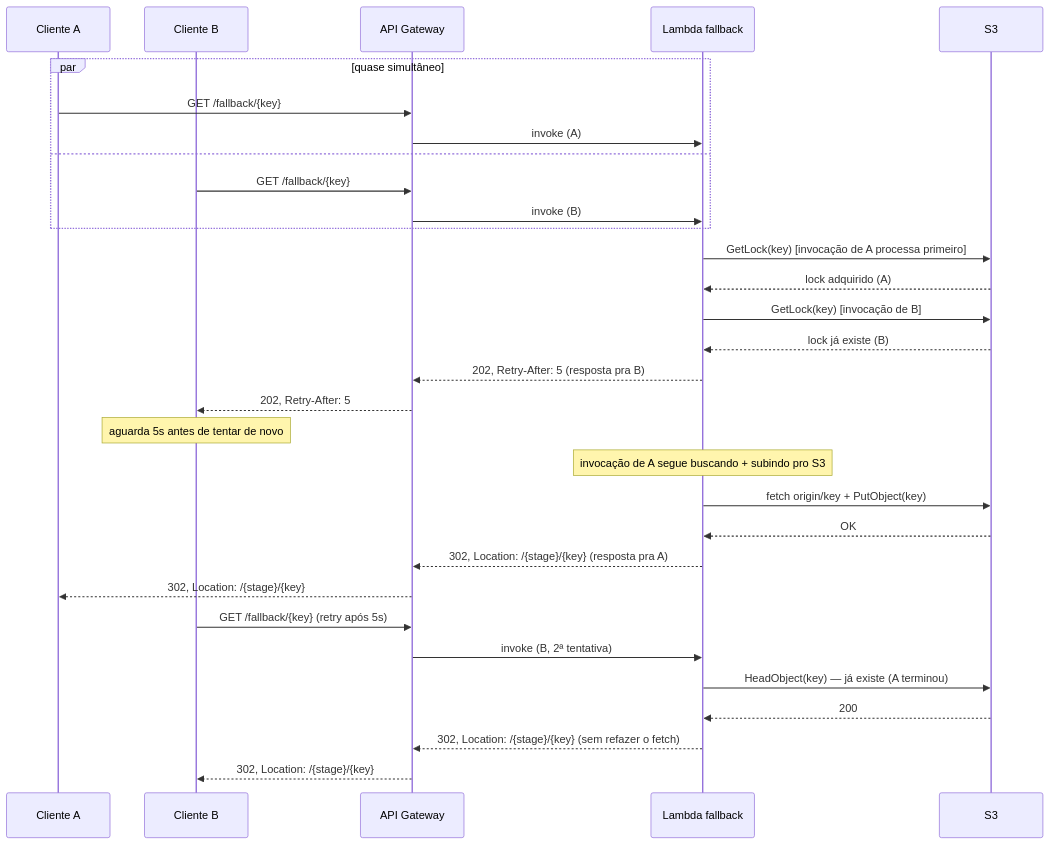
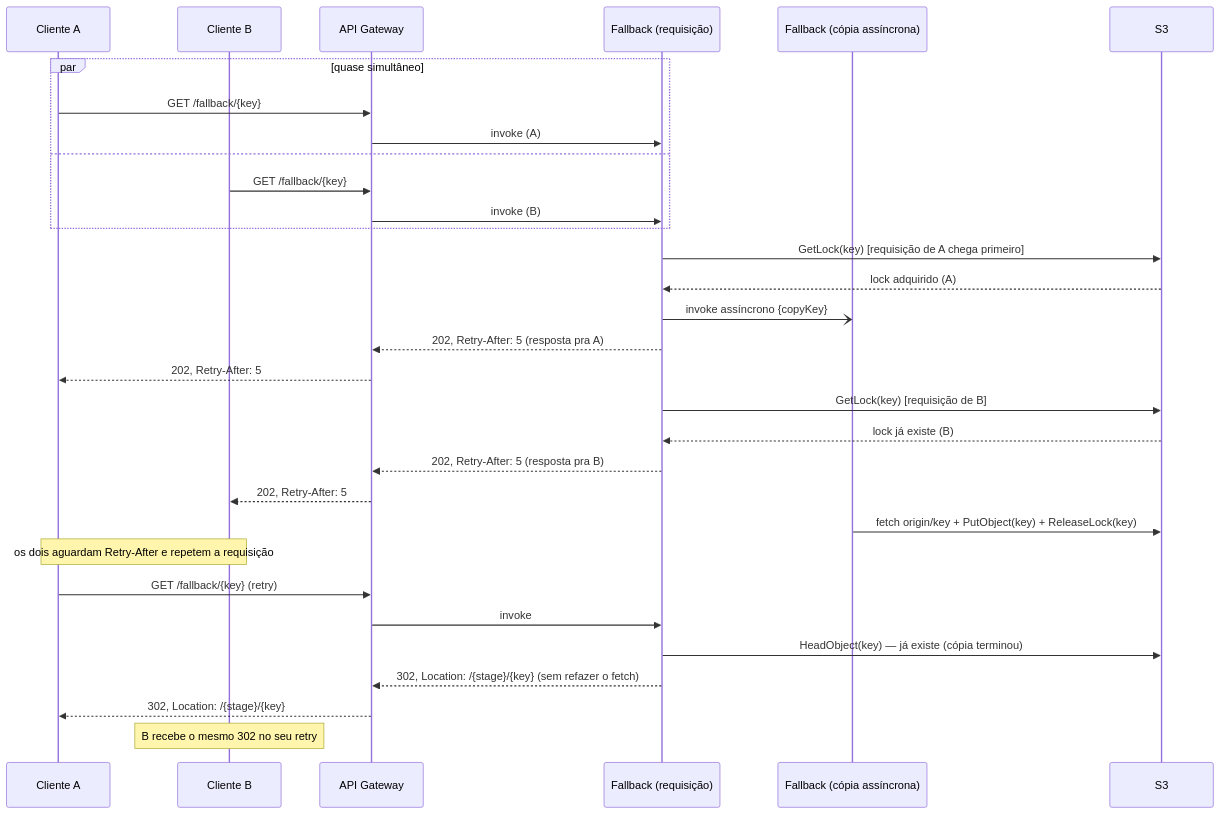
The third of 4 diagrams in docs/client-behavior.md (brunojet/apigw-transfer), drawn with Mermaid before and after one commit. The commit also changed other lines of this file and 3 other files, not shown here.

````diff
--- a/docs/client-behavior.md
+++ b/docs/client-behavior.md
@@ -113,38 +124,37 @@
 ```mermaid
 sequenceDiagram
     participant A as Cliente A
     participant B as Cliente B
     participant AGW as API Gateway
-    participant L as Lambda fallback
+    participant L as Fallback (requisição)
+    participant W as Fallback (cópia assíncrona)
     participant S3 as S3
 
     par quase simultâneo
         A->>AGW: GET /fallback/{key}
         AGW->>L: invoke (A)
     and
         B->>AGW: GET /fallback/{key}
         AGW->>L: invoke (B)
     end
 
-    L->>S3: GetLock(key)  [invocação de A processa primeiro]
+    L->>S3: GetLock(key)  [requisição de A chega primeiro]
     S3-->>L: lock adquirido (A)
-    L->>S3: GetLock(key)  [invocação de B]
+    L-)W: invoke assíncrono {copyKey}
+    L-->>AGW: 202, Retry-After: 5   (resposta pra A)
+    AGW-->>A: 202, Retry-After: 5
+    L->>S3: GetLock(key)  [requisição de B]
     S3-->>L: lock já existe (B)
-
     L-->>AGW: 202, Retry-After: 5   (resposta pra B)
     AGW-->>B: 202, Retry-After: 5
-    Note over B: aguarda 5s antes de tentar de novo
 
-    Note over L: invocação de A segue buscando + subindo pro S3
-    L->>S3: fetch origin/key + PutObject(key)
-    S3-->>L: OK
-    L-->>AGW: 302, Location: /{stage}/{key}   (resposta pra A)
+    W->>S3: fetch origin/key + PutObject(key) + ReleaseLock(key)
+
+    Note over A,B: os dois aguardam Retry-After e repetem a requisição
+    A->>AGW: GET /fallback/{key}  (retry)
+    AGW->>L: invoke
+    L->>S3: HeadObject(key) — já existe (cópia terminou)
+    L-->>AGW: 302, Location: /{stage}/{key}   (sem refazer o fetch)
     AGW-->>A: 302, Location: /{stage}/{key}
-
-    B->>AGW: GET /fallback/{key}  (retry após 5s)
-    AGW->>L: invoke (B, 2ª tentativa)
-    L->>S3: HeadObject(key) — já existe (A terminou)
-    S3-->>L: 200
-    L-->>AGW: 302, Location: /{stage}/{key}   (sem refazer o fetch)
-    AGW-->>B: 302, Location: /{stage}/{key}
+    Note over B: B recebe o mesmo 302 no seu retry
 ```
````
